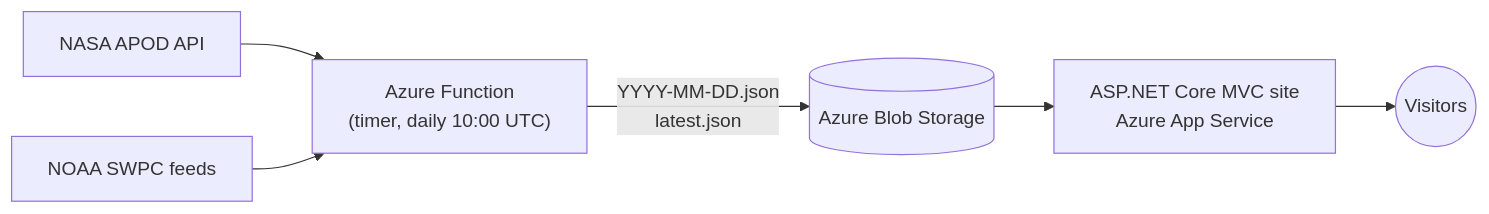
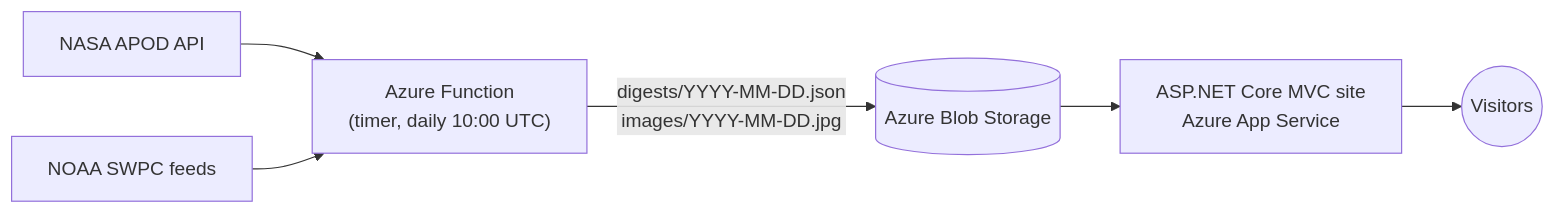
One commit to Jffrsntaylor/TodayInSpace changed the diagram in README.md. Above: the diagram before and after it, drawn with Mermaid. The commit also changed other lines of this file and 16 other files, not shown here.

First line of the commit message:
Archive APOD images in our own blob storage

````diff
--- a/README.md
+++ b/README.md
@@ -14,8 +15,8 @@
 ```mermaid
 flowchart LR
     NASA[NASA APOD API] --> F
     NOAA[NOAA SWPC feeds] --> F
-    F["Azure Function<br/>(timer, daily 10:00 UTC)"] -->|"YYYY-MM-DD.json<br/>latest.json"| B[(Azure Blob Storage)]
+    F["Azure Function<br/>(timer, daily 10:00 UTC)"] -->|"digests/YYYY-MM-DD.json<br/>images/YYYY-MM-DD.jpg"| B[(Azure Blob Storage)]
     B --> W[ASP.NET Core MVC site<br/>Azure App Service]
     W --> U((Visitors))
 ```
````
